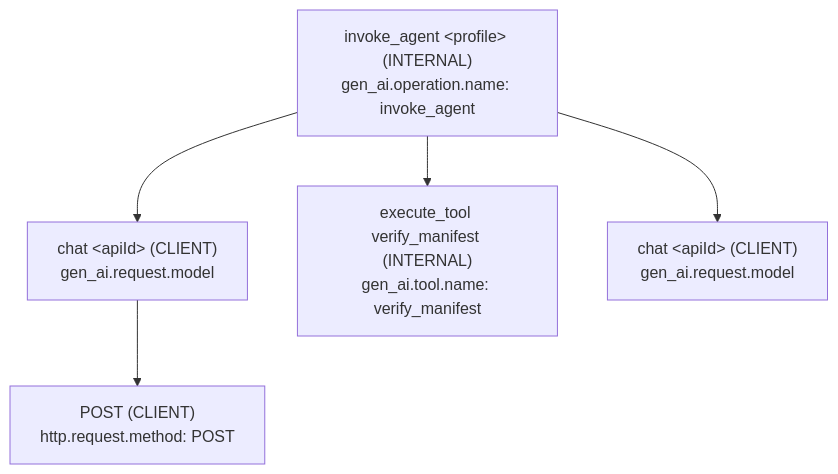
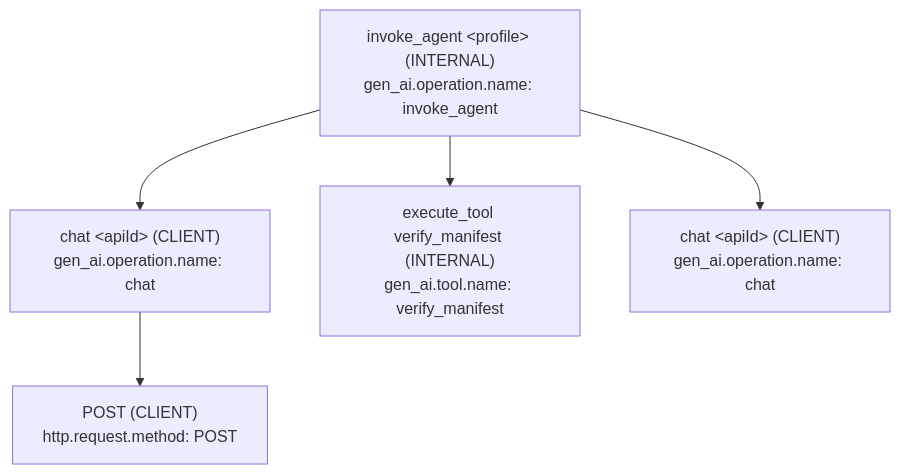
Before and after one commit to masudl-hub/theoremai-frontend: the first of 2 diagrams in app/lib/docs/articles/observability.md, drawn with Mermaid. The commit also changed other lines of this file and 4 other files, not shown here.

First line of the commit message:
docs(observability): a model call's operation name comes from its protocol

````diff
--- a/app/lib/docs/articles/observability.md
+++ b/app/lib/docs/articles/observability.md
@@ -23,14 +23,14 @@
 ```mermaid
 flowchart TD
 		Root["invoke_agent &lt;profile&gt; (INTERNAL)<br/>gen_ai.operation.name: invoke_agent"]
 		
-		Model1["chat &lt;apiId&gt; (CLIENT)<br/>gen_ai.request.model"]
+		Model1["chat &lt;apiId&gt; (CLIENT)<br/>gen_ai.operation.name: chat"]
 		Http1["POST (CLIENT)<br/>http.request.method: POST"]
 		Tool1["execute_tool verify_manifest (INTERNAL)<br/>gen_ai.tool.name: verify_manifest"]
-		Model2["chat &lt;apiId&gt; (CLIENT)<br/>gen_ai.request.model"]
+		Model2["chat &lt;apiId&gt; (CLIENT)<br/>gen_ai.operation.name: chat"]
 		
 		Root --> Model1
 		Model1 --> Http1
 		Root --> Tool1
 		Root --> Model2
 ```
````
